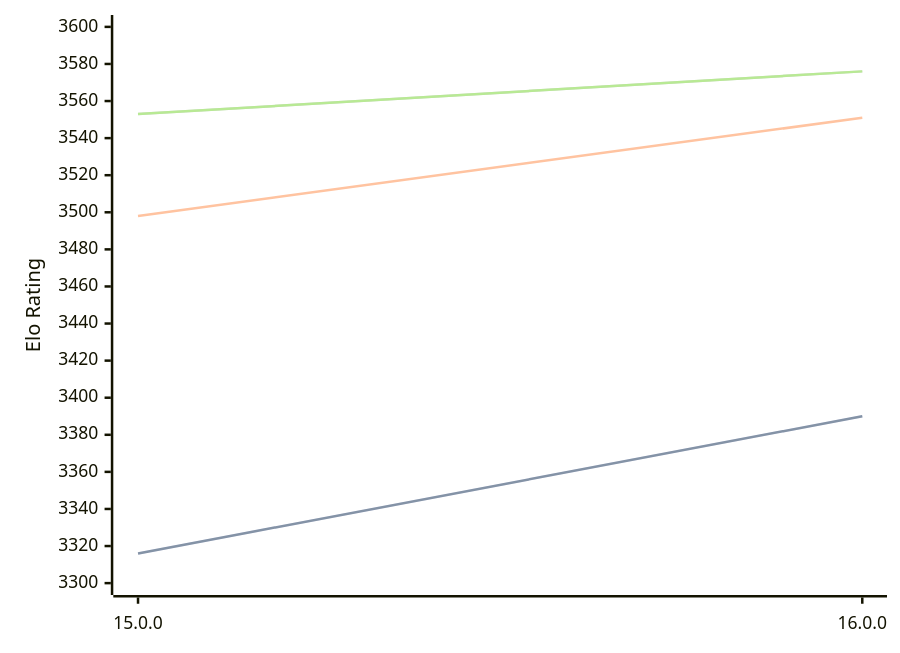
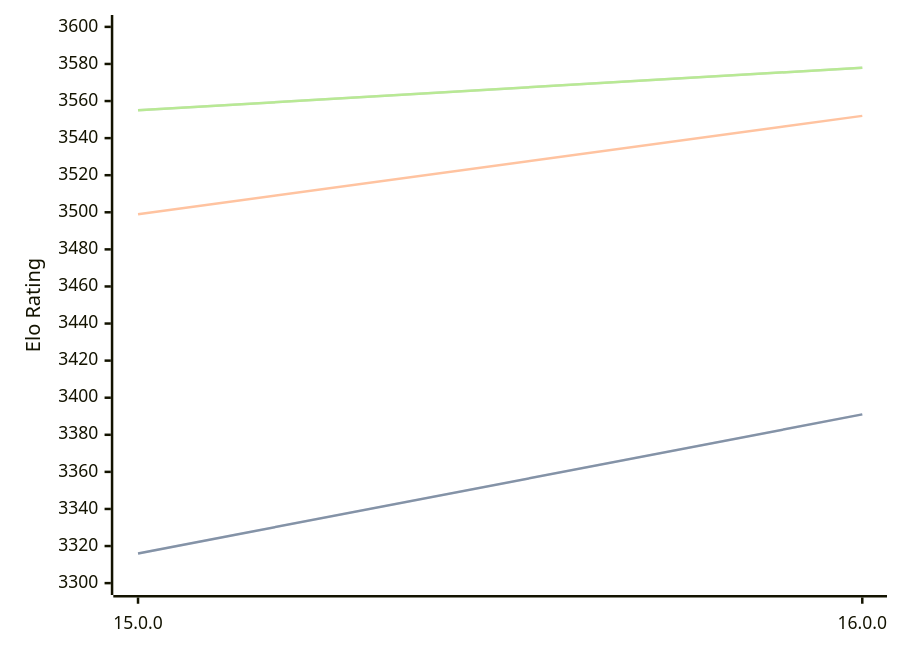
One commit to computer-chess-index/cci changed the diagram in engines/Halogen.md. Above: the diagram before and after it, drawn with Mermaid. The commit also changed other lines of this file, not shown here.

Commit message:
Update CCI Ratings (ELO VLTC) - 2026-04-13

````diff
--- a/engines/Halogen.md
+++ b/engines/Halogen.md
@@ -50,11 +50,11 @@
 ```mermaid
 %%{init: {"theme":"base","themeVariables":{"seriesColors:['#a3a3a3','#222221','#faa371']}}}%%
 xychart-beta
   x-axis ["15.0.0", "16.0.0"]
   y-axis "Elo Rating" 3300 --> 3600
-  line "STC (8.0+0.08s)" [3316, 3390]
-  line "STC (8.0+0.08s)" [3316, 3390]
-  line "LTC (60.0+0.60s)" [3498, 3551]
-  line "VLTC (2m24s+1.12s)" [3553, 3576]
-  line "VLTC (2m24s+1.12s)" [3553, 3576]
+  line "STC (8.0+0.08s)" [3316, 3391]
+  line "STC (8.0+0.08s)" [3316, 3391]
+  line "LTC (60.0+0.60s)" [3499, 3552]
+  line "VLTC (2m24s+1.12s)" [3555, 3578]
+  line "VLTC (2m24s+1.12s)" [3555, 3578]
 ```
````
